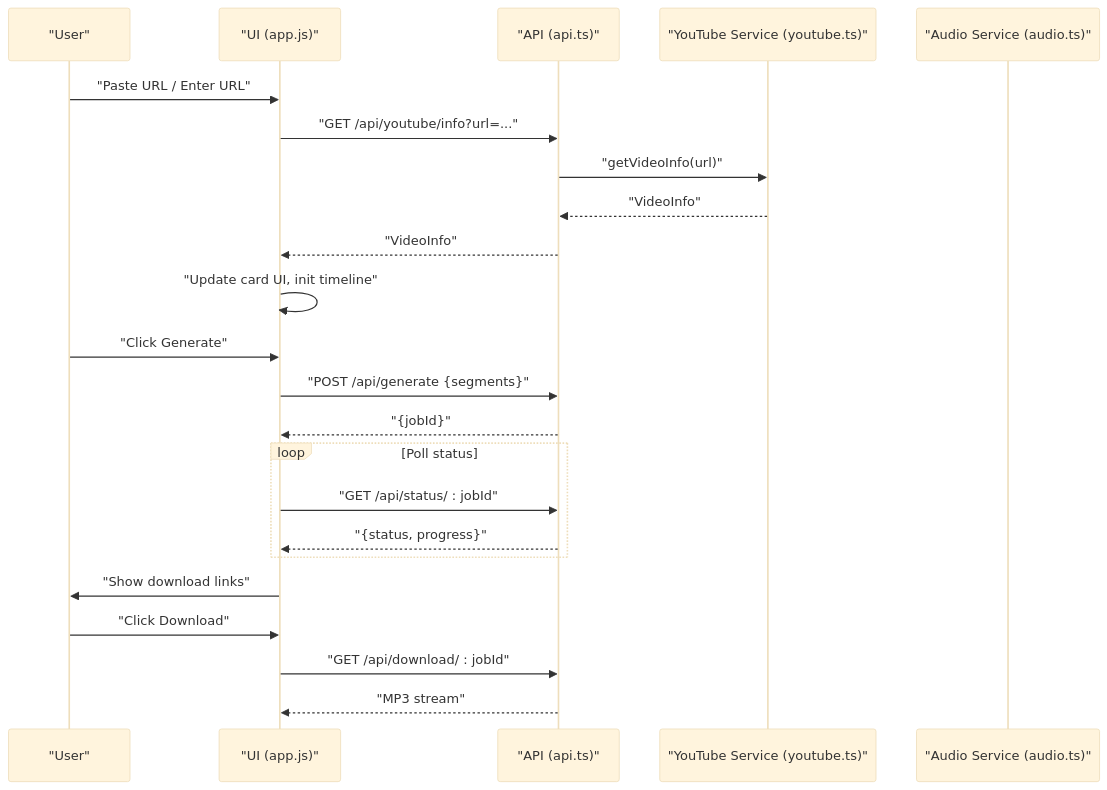
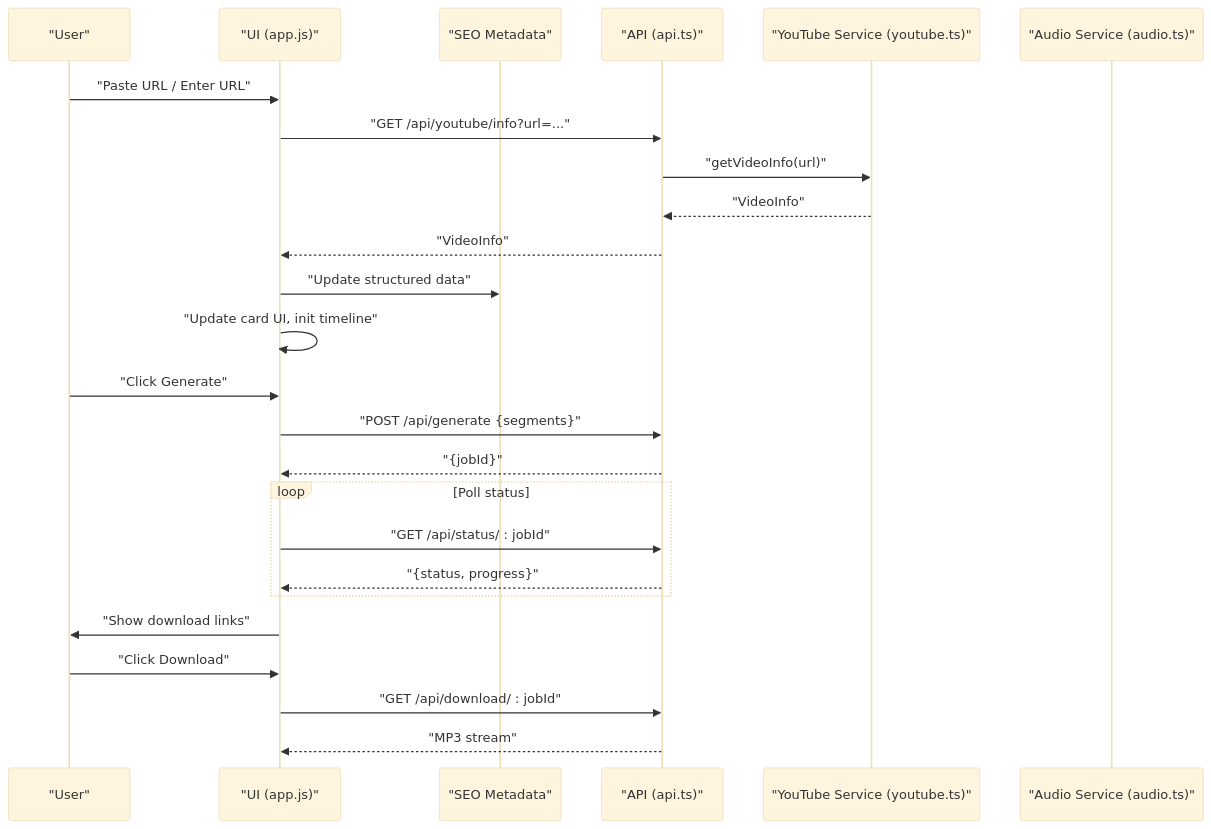
The second of 9 diagrams in .qoder/repowiki/en/content/Frontend Application/Frontend Application.md (dkoukoul/kpop-random-dance-generator), drawn with Mermaid (base theme) before and after one commit. The commit also changed other lines of this file and 3 other files, not shown here.

````diff
--- a/.qoder/repowiki/en/content/Frontend Application/Frontend Application.md
+++ b/.qoder/repowiki/en/content/Frontend Application/Frontend Application.md
@@ -116,25 +144,27 @@
 ```mermaid
 sequenceDiagram
 participant U as "User"
 participant UI as "UI (app.js)"
+participant SEO as "SEO Metadata"
 participant API as "API (api.ts)"
 participant YT as "YouTube Service (youtube.ts)"
 participant AUD as "Audio Service (audio.ts)"
 U->>UI : "Paste URL / Enter URL"
 UI->>API : "GET /api/youtube/info?url=..."
 API->>YT : "getVideoInfo(url)"
 YT-->>API : "VideoInfo"
 API-->>UI : "VideoInfo"
+UI->>SEO : "Update structured data"
 UI->>UI : "Update card UI, init timeline"
 U->>UI : "Click Generate"
 UI->>API : "POST /api/generate {segments}"
 API-->>UI : "{jobId}"
 loop Poll status
 UI->>API : "GET /api/status/ : jobId"
 API-->>UI : "{status, progress}"
 end
 UI->>U : "Show download links"
 U->>UI : "Click Download"
 UI->>API : "GET /api/download/ : jobId"
 API-->>UI : "MP3 stream"
 ```
````
